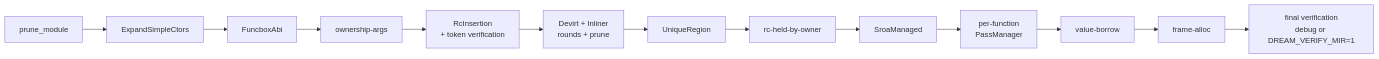
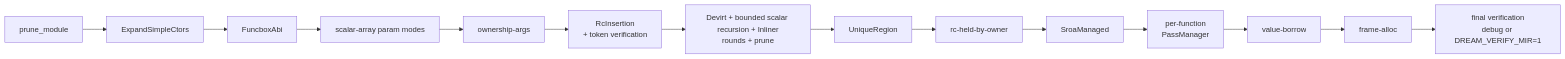
One commit to sps014/dream changed the first of 2 diagrams in docs/internals/05-writing-passes.md. Above: the diagram before and after it, drawn with Mermaid. The commit also changed other lines of this file and 35 other files, not shown here.

````diff
--- a/docs/internals/05-writing-passes.md
+++ b/docs/internals/05-writing-passes.md
@@ -90,4 +90,4 @@
 ```mermaid
 flowchart LR
-    prune1[prune_module] --> expand[ExpandSimpleCtors] --> fbox[FuncboxAbi] --> args[ownership-args] --> rc[RcInsertion\n+ token verification] --> inline[Devirt + Inliner\nrounds + prune] --> ur[UniqueRegion] --> held[rc-held-by-owner] --> sm[SroaManaged] --> perfn[per-function\nPassManager] --> vb[value-borrow] --> late[frame-alloc] --> verify[final verification\ndebug or DREAM_VERIFY_MIR=1]
+    prune1[prune_module] --> expand[ExpandSimpleCtors] --> fbox[FuncboxAbi] --> modes[scalar-array param modes] --> args[ownership-args] --> rc[RcInsertion\n+ token verification] --> inline[Devirt + bounded scalar recursion + Inliner\nrounds + prune] --> ur[UniqueRegion] --> held[rc-held-by-owner] --> sm[SroaManaged] --> perfn[per-function\nPassManager] --> vb[value-borrow] --> late[frame-alloc] --> verify[final verification\ndebug or DREAM_VERIFY_MIR=1]
 ```
````
